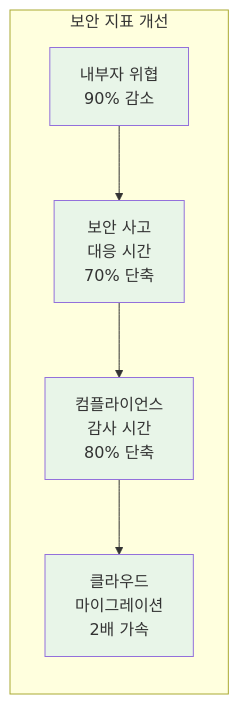
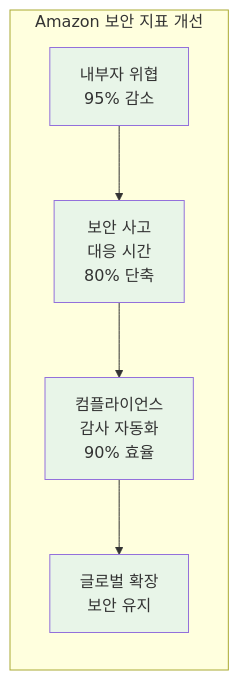
The sixth of 9 diagrams in theory/week_04/day3/session_1.md (niceguy61/kdt_devops_lecture_2025), drawn with Mermaid before and after one commit. The commit also changed other lines of this file, not shown here.

Commit message:
netflix to amazon.com

````diff
--- a/theory/week_04/day3/session_1.md
+++ b/theory/week_04/day3/session_1.md
@@ -343,13 +361,13 @@
 ```mermaid
 graph LR
-    subgraph "보안 지표 개선"
-        A[내부자 위협<br/>90% 감소] --> B[보안 사고<br/>대응 시간<br/>70% 단축]
-        B --> C[컴플라이언스<br/>감사 시간<br/>80% 단축]
-        C --> D[클라우드<br/>마이그레이션<br/>2배 가속]
+    subgraph "Amazon 보안 지표 개선"
+        A[내부자 위협<br/>95% 감소] --> B[보안 사고<br/>대응 시간<br/>80% 단축]
+        B --> C[컴플라이언스<br/>감사 자동화<br/>90% 효율]
+        C --> D[글로벌 확장<br/>보안 유지]
     end
     
     style A fill:#e8f5e8
     style B fill:#e8f5e8
     style C fill:#e8f5e8
     style D fill:#e8f5e8
 ```
````
